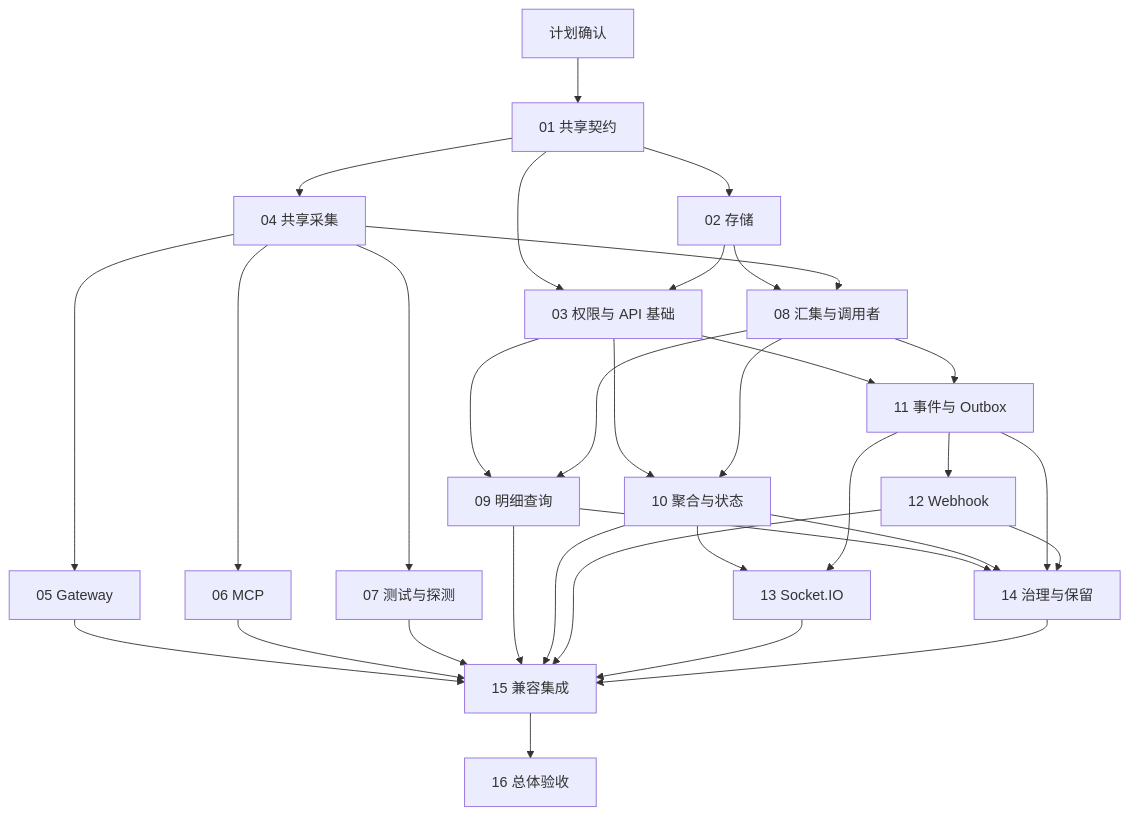
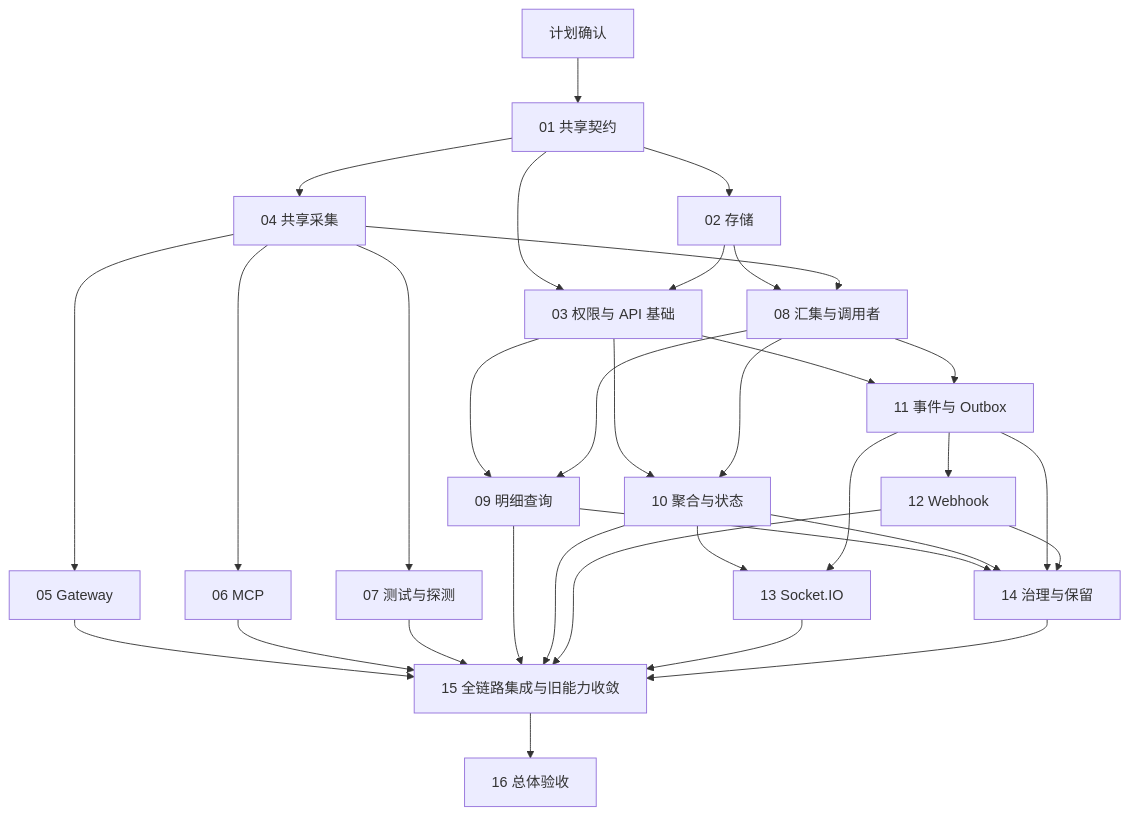
One commit to joe-ieta/api-nova changed the diagram in docs/guides/runtime-observability-development-task-plan.md. Above: the diagram before and after it, drawn with Mermaid. The commit also changed other lines of this file and 35 other files, not shown here.

````diff
--- a/docs/guides/runtime-observability-development-task-plan.md
+++ b/docs/guides/runtime-observability-development-task-plan.md
@@ -49,35 +50,35 @@
 ```mermaid
 flowchart TD
     G[计划确认] --> T01[01 共享契约]
     T01 --> T02[02 存储]
     T01 --> T04[04 共享采集]
     T01 --> T03[03 权限与 API 基础]
     T02 --> T03
     T02 --> T08[08 汇集与调用者]
     T04 --> T08
     T04 --> T05[05 Gateway]
     T04 --> T06[06 MCP]
     T04 --> T07[07 测试与探测]
     T03 --> T09[09 明细查询]
     T08 --> T09
     T03 --> T10[10 聚合与状态]
     T08 --> T10
     T03 --> T11[11 事件与 Outbox]
     T08 --> T11
     T11 --> T12[12 Webhook]
     T10 --> T13[13 Socket.IO]
     T11 --> T13
     T09 --> T14[14 治理与保留]
     T10 --> T14
     T11 --> T14
     T12 --> T14
-    T05 --> T15[15 兼容集成]
+    T05 --> T15[15 全链路集成与旧能力收敛]
     T06 --> T15
     T07 --> T15
     T09 --> T15
     T10 --> T15
     T12 --> T15
     T13 --> T15
     T14 --> T15
     T15 --> T16[16 总体验收]
 ```
````
